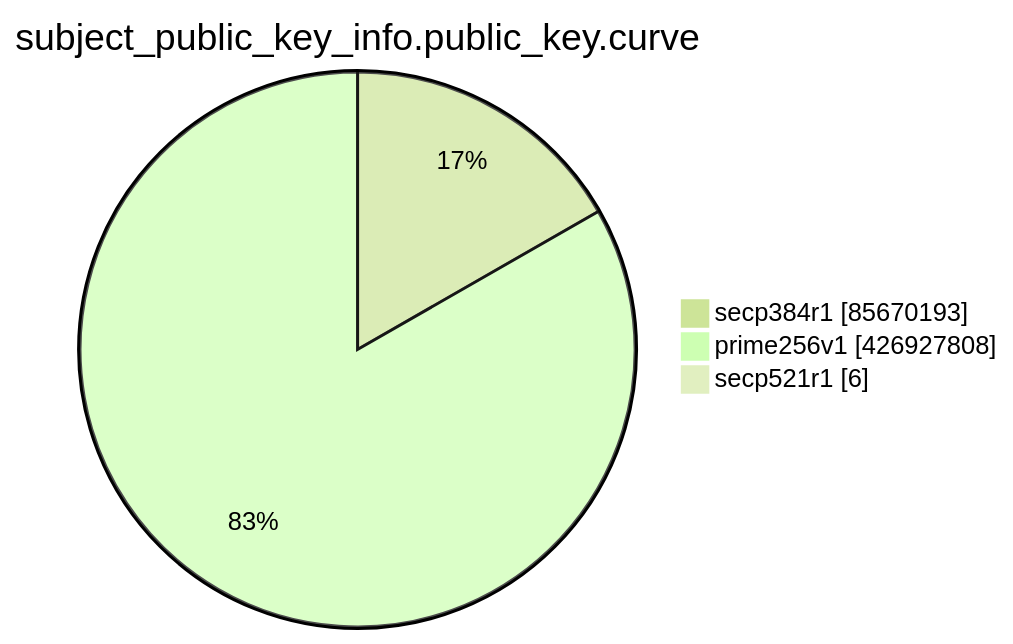
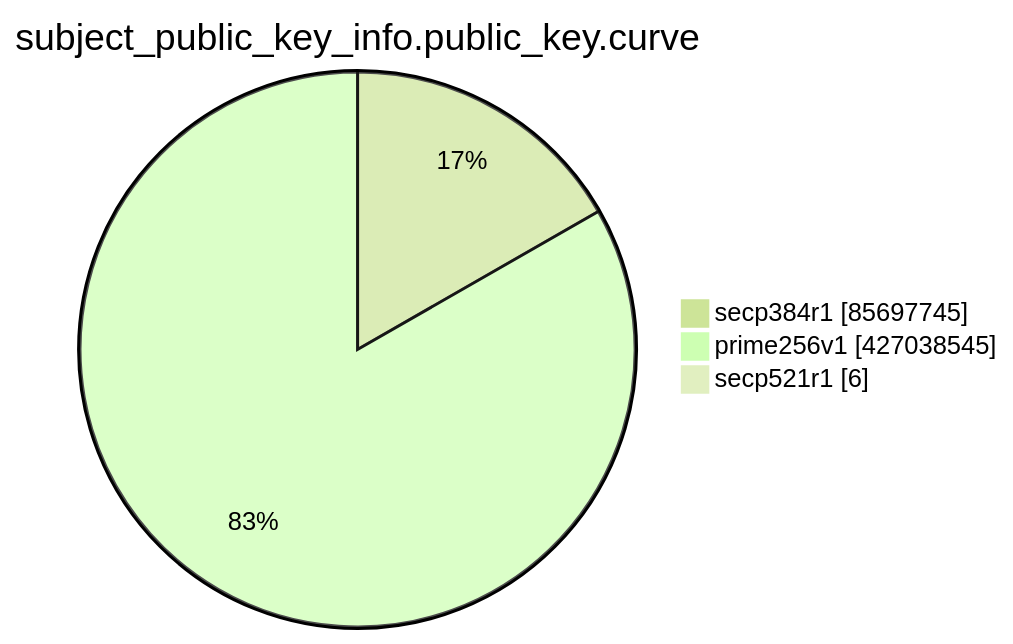
Before and after one commit to christiankrug/ctmonitor_visualization: the eighth of 15 diagrams in TOTAL/README.md, drawn with Mermaid (forest theme). The commit also changed other lines of this file, not shown here.

````diff
--- a/TOTAL/README.md
+++ b/TOTAL/README.md
@@ -3100,7 +3100,7 @@
 ```mermaid
 pie showData
 title subject_public_key_info.public_key.curve
-"secp384r1" :85670193
-"prime256v1" :426927808
+"secp384r1" :85697745
+"prime256v1" :427038545
 "secp521r1" :6
 ```
````
